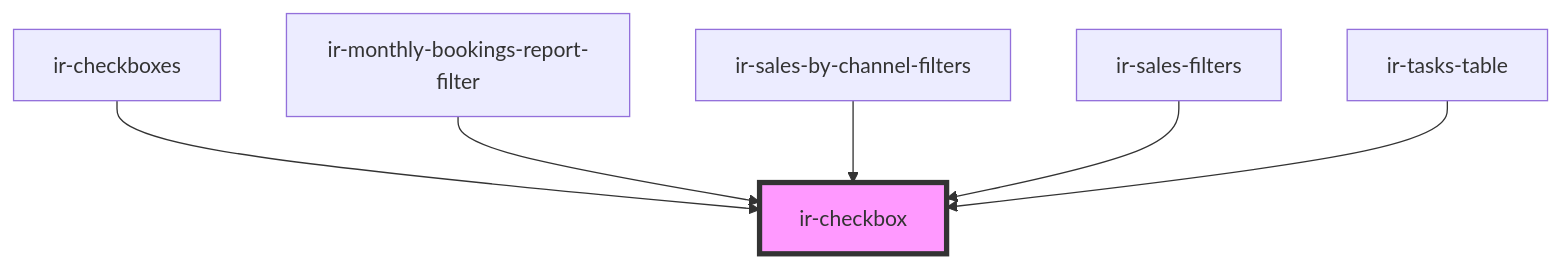
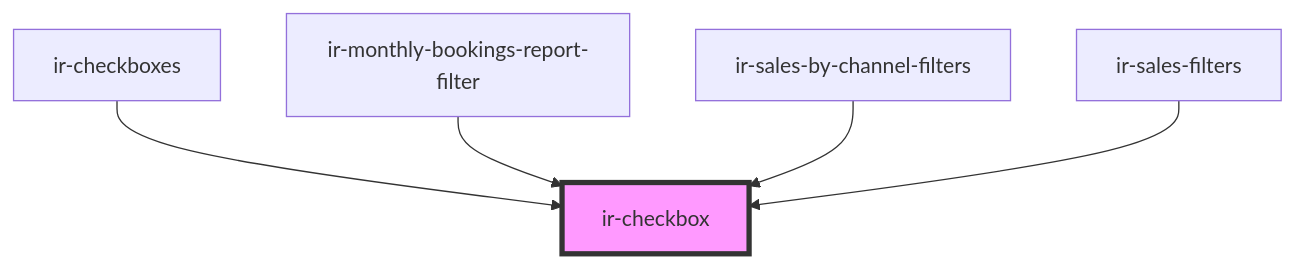
Before and after one commit to RonyRizk/ir-webcmp: the diagram in src/components/ui/ir-checkbox/readme.md, drawn with Mermaid. The commit also changed other lines of this file and 88 other files, not shown here.

````diff
--- a/src/components/ui/ir-checkbox/readme.md
+++ b/src/components/ui/ir-checkbox/readme.md
@@ -39,9 +38,8 @@
 ```mermaid
 graph TD;
   ir-checkboxes --> ir-checkbox
   ir-monthly-bookings-report-filter --> ir-checkbox
   ir-sales-by-channel-filters --> ir-checkbox
   ir-sales-filters --> ir-checkbox
-  ir-tasks-table --> ir-checkbox
   style ir-checkbox fill:#f9f,stroke:#333,stroke-width:4px
 ```
````
